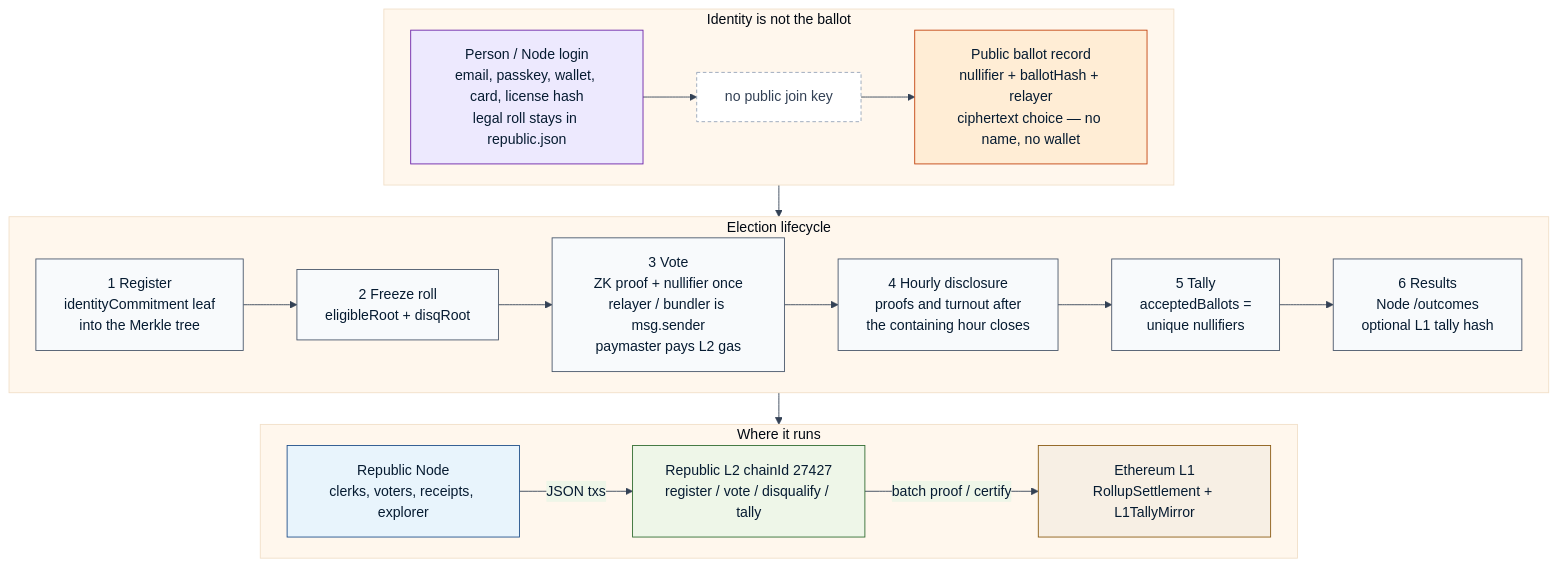
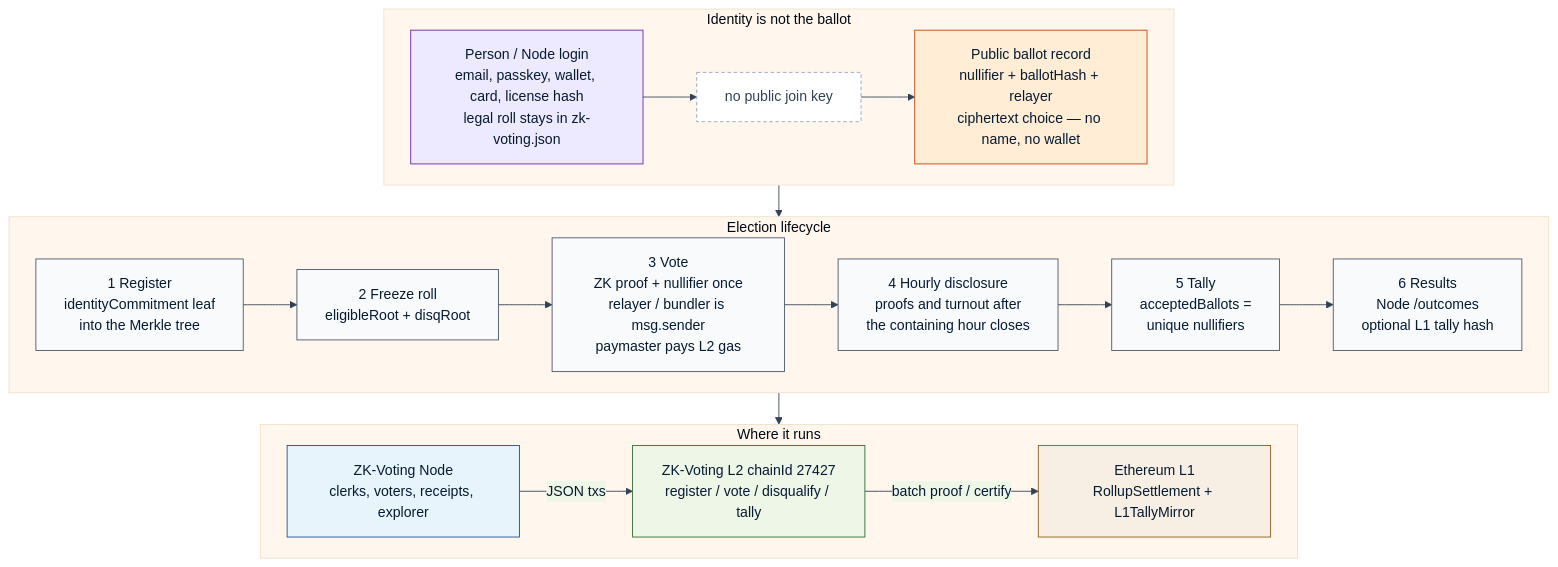
One commit to mrabino1/zk-voting changed the diagram in docs/diagrams/election-workflow.mmd. Above: the diagram before and after it, drawn with Mermaid. The commit also changed 247 other files, not shown here.

```diff
--- a/docs/diagrams/election-workflow.mmd
+++ b/docs/diagrams/election-workflow.mmd
@@ -1,64 +1,64 @@
 %% NOT FOR PROFIT — civic public good, not a commercial product.
-%% Republic / zk-voting — informational election workflow.
+%% ZK-Voting — informational election workflow.
 %% Render: npm run docs:workflow
 %% Output: docs/images/election-workflow.png
 %%{init: {
   "theme": "base",
   "themeVariables": {
     "primaryColor": "#e8f4fc",
     "primaryTextColor": "#061b31",
     "primaryBorderColor": "#1d4e89",
     "lineColor": "#334155",
     "secondaryColor": "#eef6e8",
     "tertiaryColor": "#fff7ed",
     "fontFamily": "ui-sans-serif, system-ui, sans-serif",
     "fontSize": "16px"
   },
   "flowchart": { "htmlLabels": true, "curve": "basis", "padding": 16, "nodeSpacing": 28, "rankSpacing": 36 }
 }}%%
 flowchart TB
   classDef person fill:#ede9fe,stroke:#6b21a8,color:#061b31
   classDef ballot fill:#ffedd5,stroke:#c2410c,color:#061b31
   classDef node fill:#e8f4fc,stroke:#1d4e89,color:#061b31
   classDef l2 fill:#eef6e8,stroke:#2f6b2f,color:#061b31
   classDef l1 fill:#f7efe4,stroke:#8a5a12,color:#061b31
   classDef step fill:#f8fafc,stroke:#475569,color:#061b31
   classDef join fill:#ffffff,stroke:#94a3b8,color:#334155,stroke-dasharray: 4 3
 
   subgraph Split["Identity is not the ballot"]
     direction LR
-    Person["Person / Node login<br/>email, passkey, wallet, card, license hash<br/>legal roll stays in republic.json"]
+    Person["Person / Node login<br/>email, passkey, wallet, card, license hash<br/>legal roll stays in zk-voting.json"]
     Gap["no public join key"]
     PublicBallot["Public ballot record<br/>nullifier + ballotHash + relayer<br/>ciphertext choice — no name, no wallet"]
     Person --> Gap --> PublicBallot
   end
 
   subgraph Life["Election lifecycle"]
     direction LR
     Register["1 Register<br/>identityCommitment leaf<br/>into the Merkle tree"]
     Freeze["2 Freeze roll<br/>eligibleRoot + disqRoot"]
     Vote["3 Vote<br/>ZK proof + nullifier once<br/>relayer / bundler is msg.sender<br/>paymaster pays L2 gas"]
     Hour["4 Hourly disclosure<br/>proofs and turnout after<br/>the containing hour closes"]
     Tally["5 Tally<br/>acceptedBallots =<br/>unique nullifiers"]
     Results["6 Results<br/>Node /outcomes<br/>optional L1 tally hash"]
     Register --> Freeze --> Vote --> Hour --> Tally --> Results
   end
 
   subgraph Layers["Where it runs"]
     direction LR
-    Node["Republic Node<br/>clerks, voters, receipts, explorer"]
-    L2["Republic L2 chainId 27427<br/>register / vote / disqualify / tally"]
+    Node["ZK-Voting Node<br/>clerks, voters, receipts, explorer"]
+    L2["ZK-Voting L2 chainId 27427<br/>register / vote / disqualify / tally"]
     L1["Ethereum L1<br/>RollupSettlement + L1TallyMirror"]
     Node -->|"JSON txs"| L2
     L2 -->|"batch proof / certify"| L1
   end
 
   Split --> Life --> Layers
 
   class Person person
   class PublicBallot ballot
   class Gap join
   class Register,Freeze,Vote,Hour,Tally,Results step
   class Node node
   class L2 l2
   class L1 l1
```
